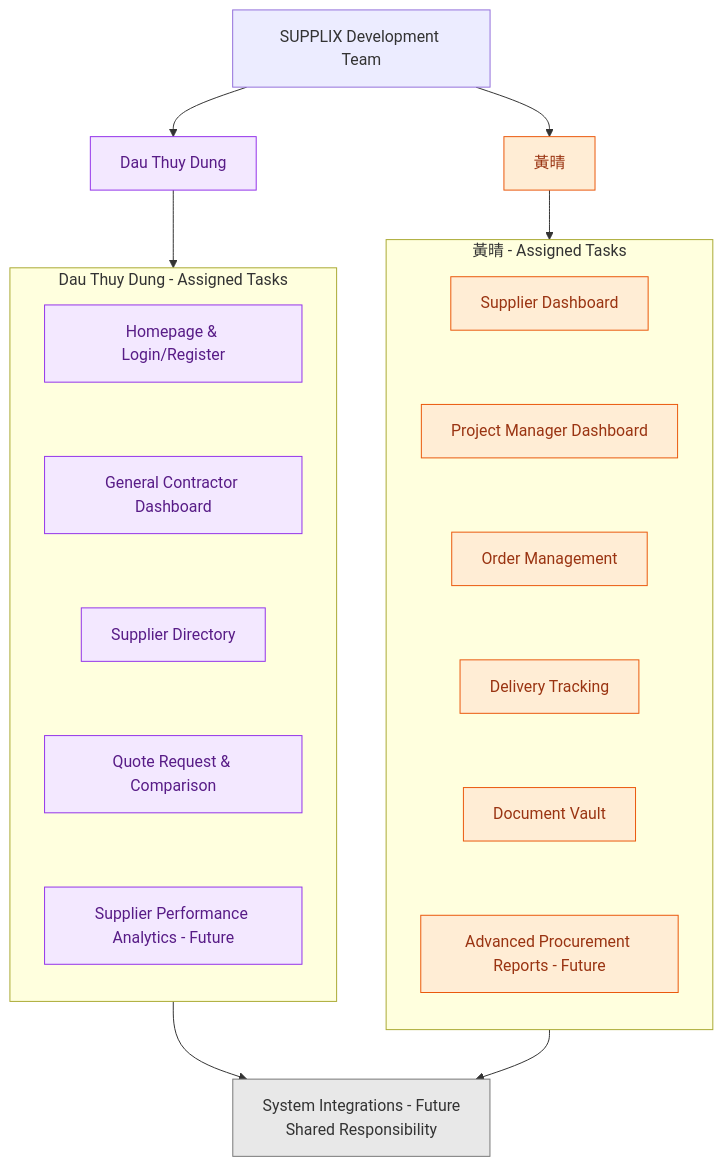
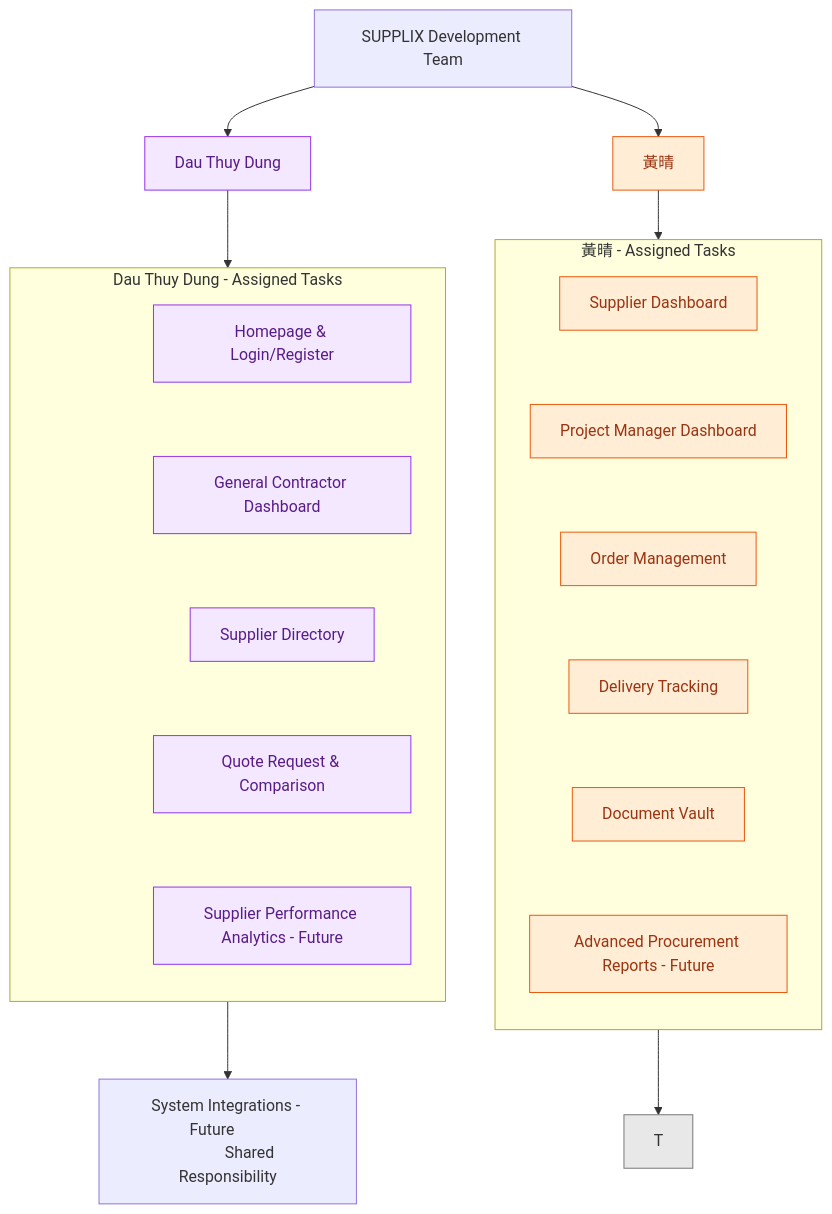
The second of 2 diagrams in README.md (dauthuydung/construction-supplier-management-SUPPLIX), drawn with Mermaid before and after one commit.

Commit message:
2.2 Detailed modifications

````diff
--- a/README.md
+++ b/README.md
@@ -110,51 +110,54 @@
 ```mermaid
 flowchart TB
-    A["SUPPLIX Development Team"]
+    A["　SUPPLIX Development Team　"]
 
     A --> B["Dau Thuy Dung"]
     A --> C["黃晴"]
 
     subgraph M1["Dau Thuy Dung - Assigned Tasks"]
         direction TB
+        SPACER1["　　　　　　　　　　　　"]
         D["Homepage & Login/Register"]
         E["General Contractor Dashboard"]
         F["Supplier Directory"]
         G["Quote Request & Comparison"]
         R["Supplier Performance Analytics - Future"]
 
         D ~~~ E
         E ~~~ F
         F ~~~ G
         G ~~~ R
     end
 
     subgraph M2["黃晴 - Assigned Tasks"]
         direction TB
         H["Supplier Dashboard"]
         I["Project Manager Dashboard"]
         J["Order Management"]
         K["Delivery Tracking"]
         L["Document Vault"]
         S["Advanced Procurement Reports - Future"]
 
         H ~~~ I
         I ~~~ J
         J ~~~ K
         K ~~~ L
         L ~~~ S
     end
 
     B --> M1
     C --> M2
 
-    M1 --> T["System Integrations - Future<br/>Shared Responsibility"]
+    M1 --> TT["　　System Integrations - Future　　<br/>　　　Shared Responsibility　　　"]
     M2 --> T
 
     classDef member1 fill:#F3E8FF,stroke:#9333EA,color:#581C87
     classDef member2 fill:#FFEDD5,stroke:#EA580C,color:#9A3412
     classDef shared fill:#E8E8E8,stroke:#777777,color:#333333
+    classDef hidden fill:none,stroke:none,color:transparent
+    class SPACER1 hidden
 
     class B,D,E,F,G,R member1
     class C,H,I,J,K,L,S member2
     class T shared
 ```
````
